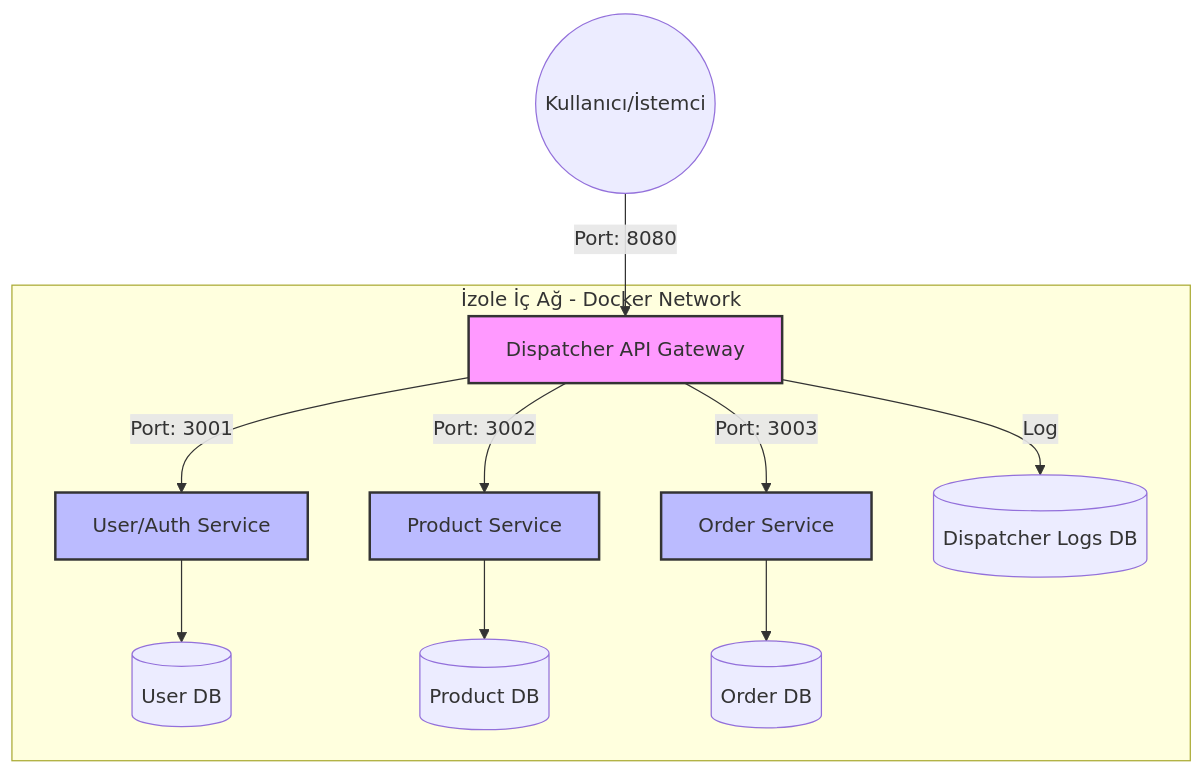
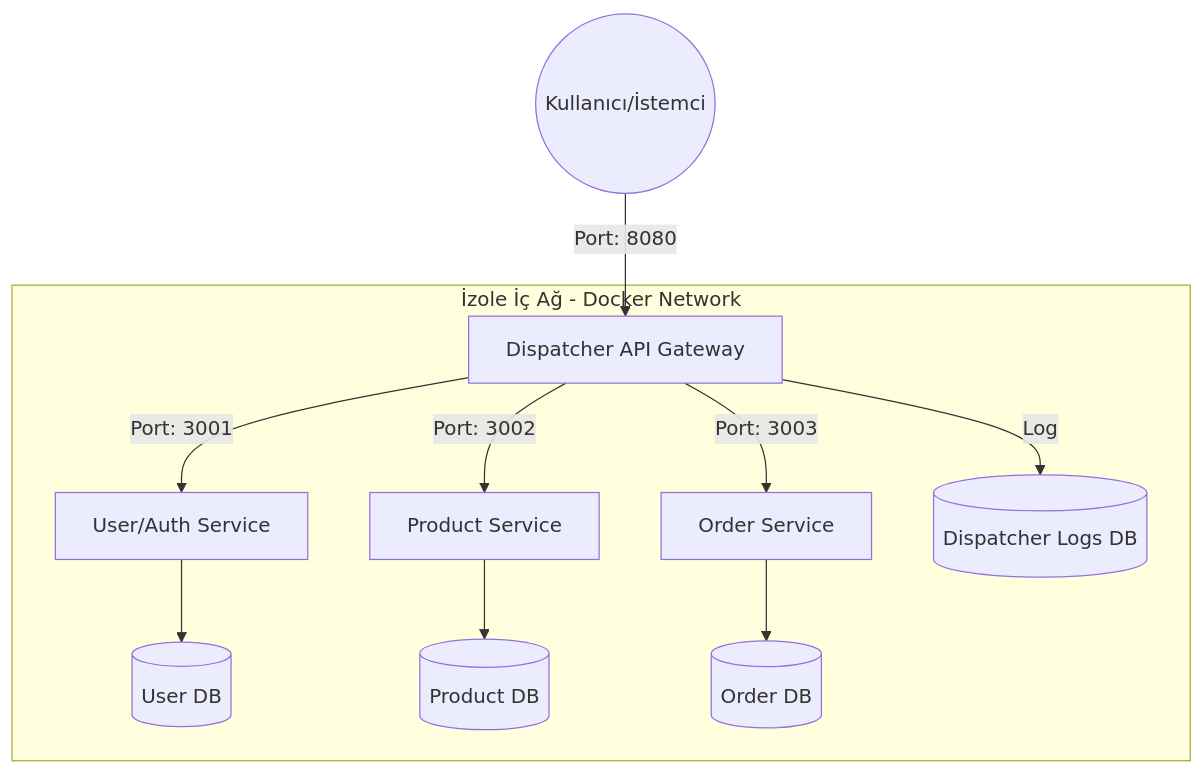
Before and after one commit to alperenandc/microservices: the first of 2 diagrams in readme.md, drawn with Mermaid. The commit also changed other lines of this file, not shown here.

Commit message:
Revise project information in readme.md
Updated developer names and added group number in project information.

````diff
--- a/readme.md
+++ b/readme.md
@@ -13,30 +13,27 @@
 ```mermaid
 graph TD
     User((Kullanıcı/İstemci)) -->|Port: 8080| Dispatcher
     
     subgraph Izole_Iç_Ag [İzole İç Ağ - Docker Network]
         Dispatcher[Dispatcher API Gateway]
         AuthService[User/Auth Service]
         ProductService[Product Service]
         OrderService[Order Service]
         
         DispDB[(Dispatcher Logs DB)]
         AuthDB[(User DB)]
         ProductDB[(Product DB)]
         OrderDB[(Order DB)]
         
         Dispatcher -->|Port: 3001| AuthService
         Dispatcher -->|Port: 3002| ProductService
         Dispatcher -->|Port: 3003| OrderService
         Dispatcher -->|Log| DispDB
         
         AuthService --> AuthDB
         ProductService --> ProductDB
         OrderService --> OrderDB
     end
 
-    classDef public fill:#f9f,stroke:#333,stroke-width:2px;
-    classDef private fill:#bbf,stroke:#333,stroke-width:2px;
-    class Dispatcher public;
-    class AuthService,ProductService,OrderService private;
+    
 ```
````
